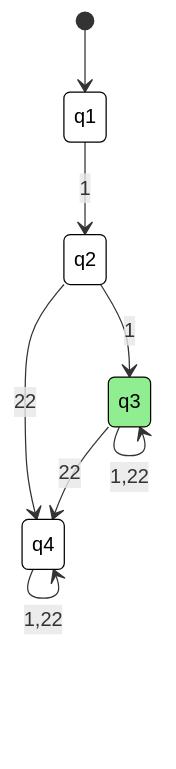
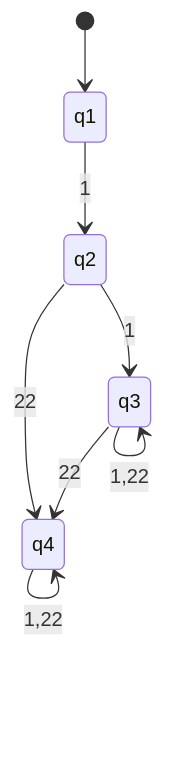
The second of 5 diagrams in 4. semester/SS/Exercises/Lecture 2.md (NicolaiDybro/aaunotes), drawn with Mermaid before and after one commit. The commit also changed other lines of this file and 3 other files, not shown here.

````diff
--- a/4. semester/SS/Exercises/Lecture 2.md
+++ b/4. semester/SS/Exercises/Lecture 2.md
@@ -63,18 +66,14 @@
 ```mermaid
 stateDiagram-v2
     [*] --> q1
     state q1 (q1)
     state q2 (q2) 
     state q3 (q3) #green
     state q4
     q1 --> q2: 1
     q2 --> q4: 22
     q2 --> q3: 1
     q3 --> q4: 22
     q4 --> q4: 1,22
     q3 --> q3: 1,22
-    style q1 fill:#fff,stroke:#000,color:#000
-    style q2 fill:#fff,stroke:#000,color:#000
-    style q4 fill:#fff,stroke:#000,color:#000
-    style q3 fill:#90ee90,stroke:#000,color:#000
 ```
````
